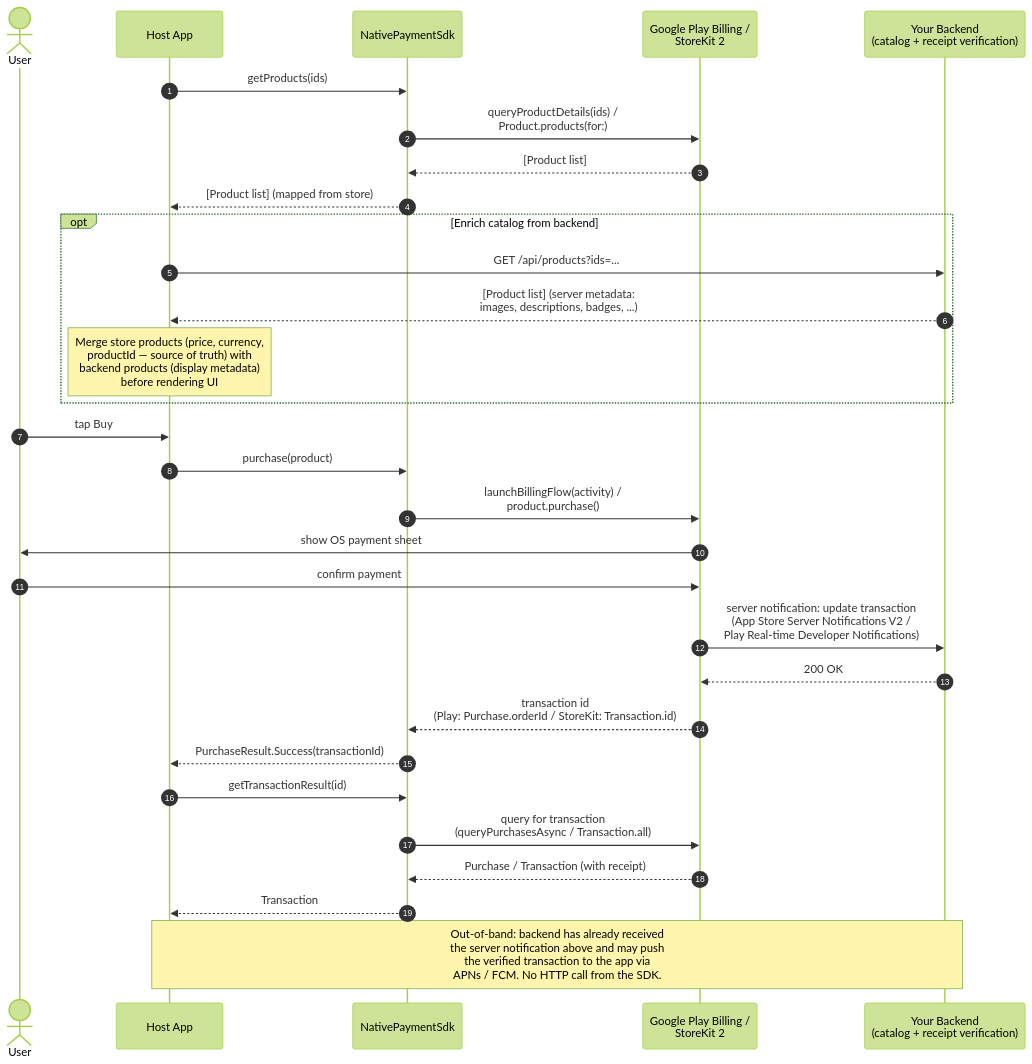
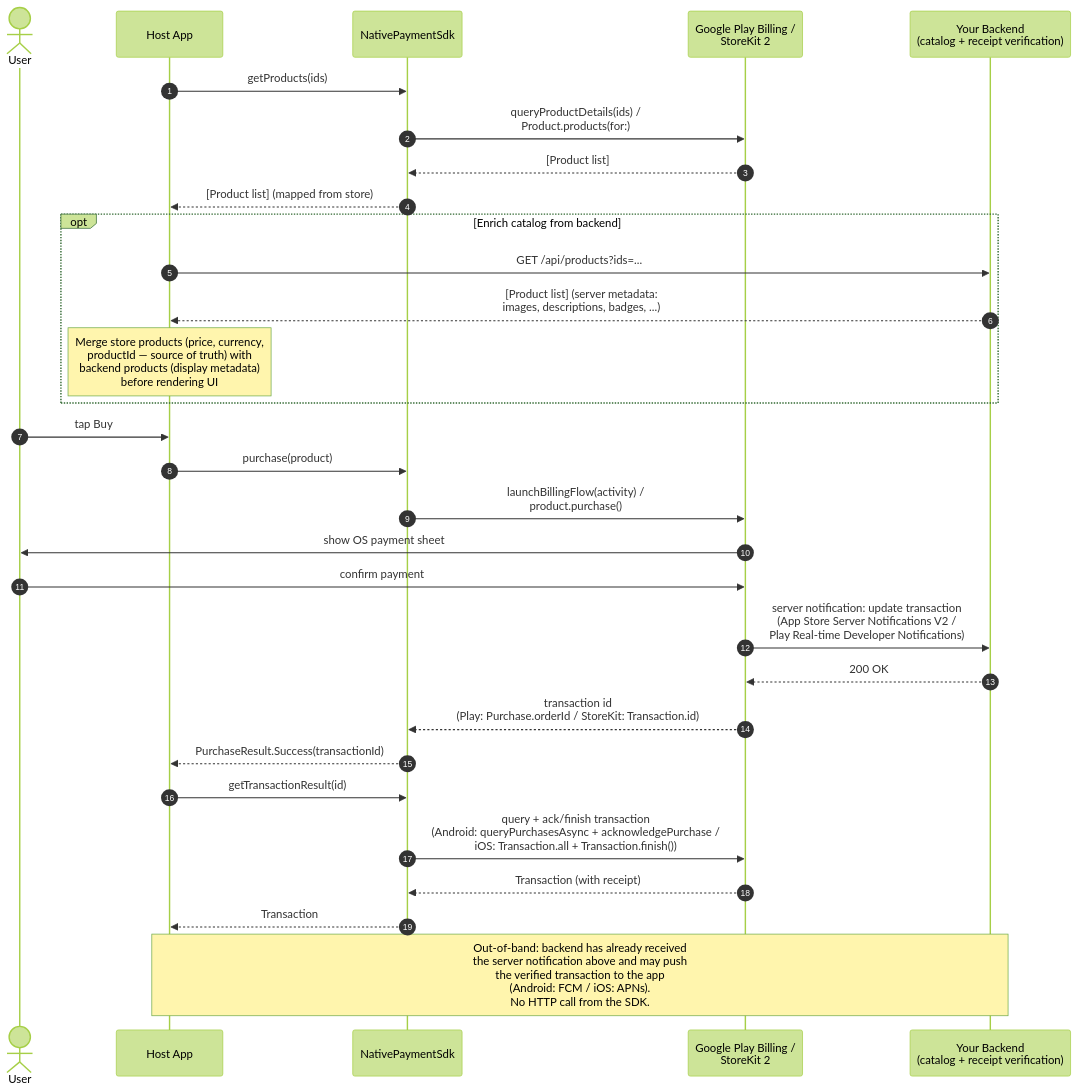
Before and after one commit to KhangTranUney/SharedPaymentSdk: the second of 2 diagrams in README.md, drawn with Mermaid (forest theme).

Commit message:
Label Android/iOS explicitly in section 4a step 17 and push note
Generated with [Devin](https://cli.devin.ai/docs)

````diff
--- a/README.md
+++ b/README.md
@@ -252,37 +252,37 @@
 ```mermaid
 sequenceDiagram
     autonumber
     actor User
     participant App as Host App
     participant SDK as NativePaymentSdk
     participant Store as Google Play Billing /<br/>StoreKit 2
     participant Backend as Your Backend<br/>(catalog + receipt verification)
 
     App->>SDK: getProducts(ids)
     SDK->>Store: queryProductDetails(ids) /<br/>Product.products(for:)
     Store-->>SDK: [Product list]
     SDK-->>App: [Product list] (mapped from store)
 
     opt Enrich catalog from backend
         App->>Backend: GET /api/products?ids=...
         Backend-->>App: [Product list] (server metadata:<br/>images, descriptions, badges, ...)
         Note over App: Merge store products (price, currency,<br/>productId — source of truth) with<br/>backend products (display metadata)<br/>before rendering UI
     end
 
     User->>App: tap Buy
     App->>SDK: purchase(product)
     SDK->>Store: launchBillingFlow(activity) /<br/>product.purchase()
     Store->>User: show OS payment sheet
     User->>Store: confirm payment
     Store->>Backend: server notification: update transaction<br/>(App Store Server Notifications V2 /<br/>Play Real-time Developer Notifications)
     Backend-->>Store: 200 OK
     Store-->>SDK: transaction id<br/>(Play: Purchase.orderId / StoreKit: Transaction.id)
     SDK-->>App: PurchaseResult.Success(transactionId)
 
     App->>SDK: getTransactionResult(id)
-    SDK->>Store: query for transaction<br/>(queryPurchasesAsync / Transaction.all)
-    Store-->>SDK: Purchase / Transaction (with receipt)
+    SDK->>Store: query + ack/finish transaction<br/>(Android: queryPurchasesAsync + acknowledgePurchase /<br/>iOS: Transaction.all + Transaction.finish())
+    Store-->>SDK: Transaction (with receipt)
     SDK-->>App: Transaction
 
-    Note over Backend,App: Out-of-band: backend has already received<br/>the server notification above and may push<br/>the verified transaction to the app via<br/>APNs / FCM. No HTTP call from the SDK.
+    Note over Backend,App: Out-of-band: backend has already received<br/>the server notification above and may push<br/>the verified transaction to the app<br/>(Android: FCM / iOS: APNs).<br/>No HTTP call from the SDK.
 ```
````
